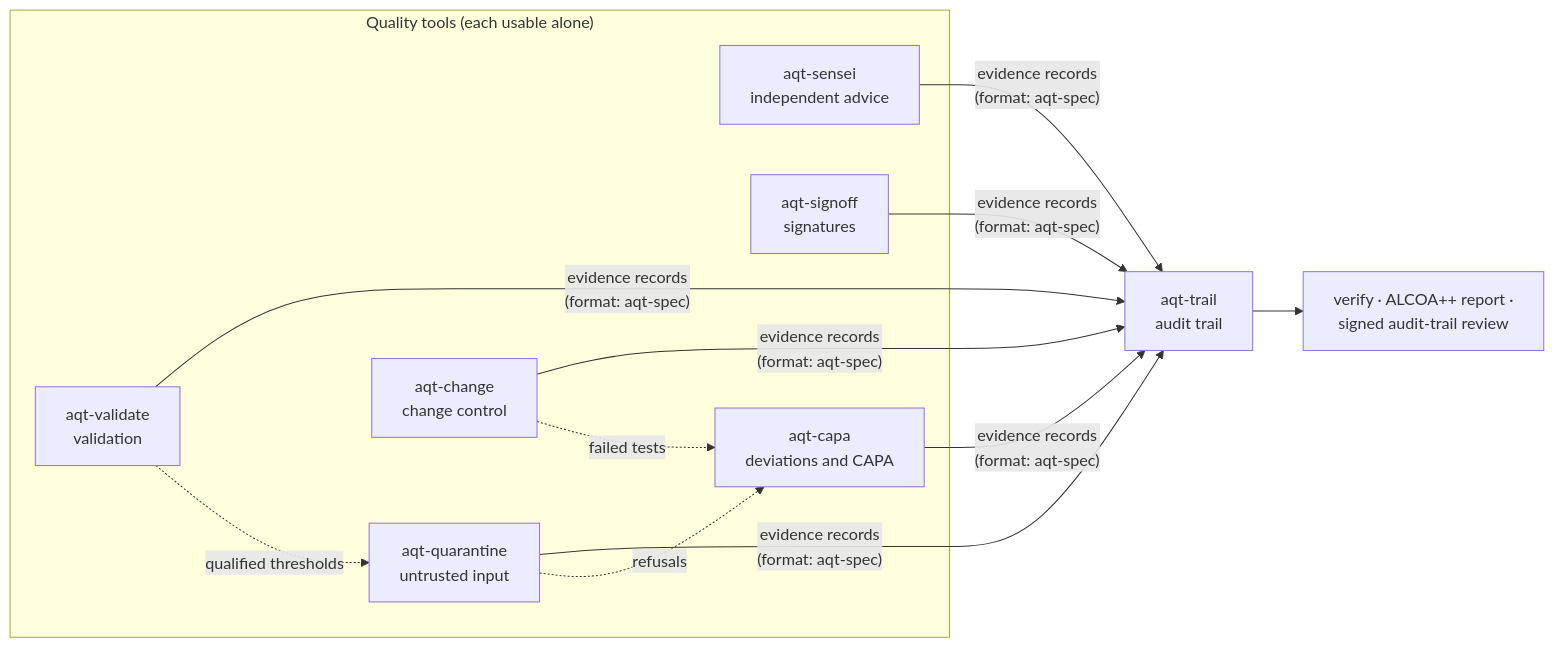
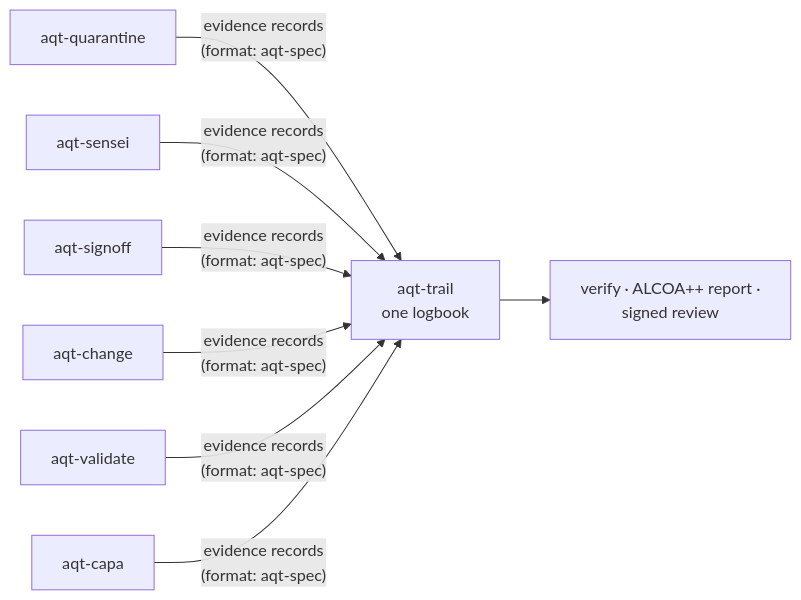
The diagram in README.md (benediktneumayer2-tech/agent-quality-toolkit), drawn with Mermaid before and after one commit. The commit also changed other lines of this file and 6 other files, not shown here.

````diff
--- a/README.md
+++ b/README.md
@@ -79,16 +52,5 @@
 ```mermaid
 flowchart LR
-    subgraph Tools["Quality tools (each usable alone)"]
-        Q["aqt-quarantine<br/>untrusted input"]
-        S["aqt-sensei<br/>independent advice"]
-        G["aqt-signoff<br/>signatures"]
-        C["aqt-change<br/>change control"]
-        V["aqt-validate<br/>validation"]
-        K["aqt-capa<br/>deviations and CAPA"]
-    end
-    Q & S & G & C & V & K -->|"evidence records<br/>(format: aqt-spec)"| T["aqt-trail<br/>audit trail"]
-    T --> O["verify · ALCOA++ report ·<br/>signed audit-trail review"]
-    V -. qualified thresholds .-> Q
-    Q -. refusals .-> K
-    C -. failed tests .-> K
+    Q["aqt-quarantine"] & S["aqt-sensei"] & G["aqt-signoff"] & C["aqt-change"] & V["aqt-validate"] & K["aqt-capa"] -->|"evidence records<br/>(format: aqt-spec)"| T["aqt-trail<br/>one logbook"]
+    T --> O["verify · ALCOA++ report ·<br/>signed review"]
 ```
````
